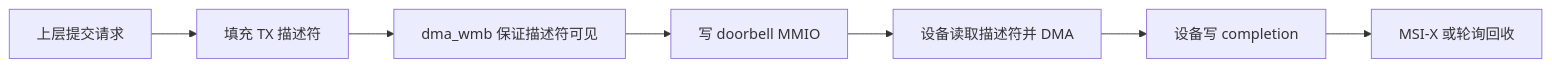
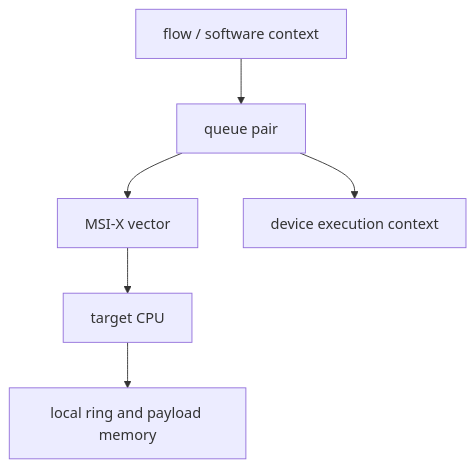
One commit to cdragon-ljl/EEandEdgeAI changed the second of 6 diagrams in docs/articles/pcie/pci-17-multiqueue-dma-msix-throughput.md. Above: the diagram before and after it, drawn with Mermaid. The commit also changed other lines of this file and 4 other files, not shown here.

````diff
--- a/docs/articles/pcie/pci-17-multiqueue-dma-msix-throughput.md
+++ b/docs/articles/pcie/pci-17-multiqueue-dma-msix-throughput.md
@@ -34,9 +47,8 @@
 ```mermaid
-flowchart LR
-    A[上层提交请求] --> B[填充 TX 描述符]
-    B --> C[dma_wmb 保证描述符可见]
-    C --> D[写 doorbell MMIO]
-    D --> E[设备读取描述符并 DMA]
-    E --> F[设备写 completion]
-    F --> G[MSI-X 或轮询回收]
+flowchart TD
+    FLOW[flow / software context] --> Q[queue pair]
+    Q --> V[MSI-X vector]
+    V --> CPU[target CPU]
+    CPU --> MEM[local ring and payload memory]
+    Q --> DEV[device execution context]
 ```
````
